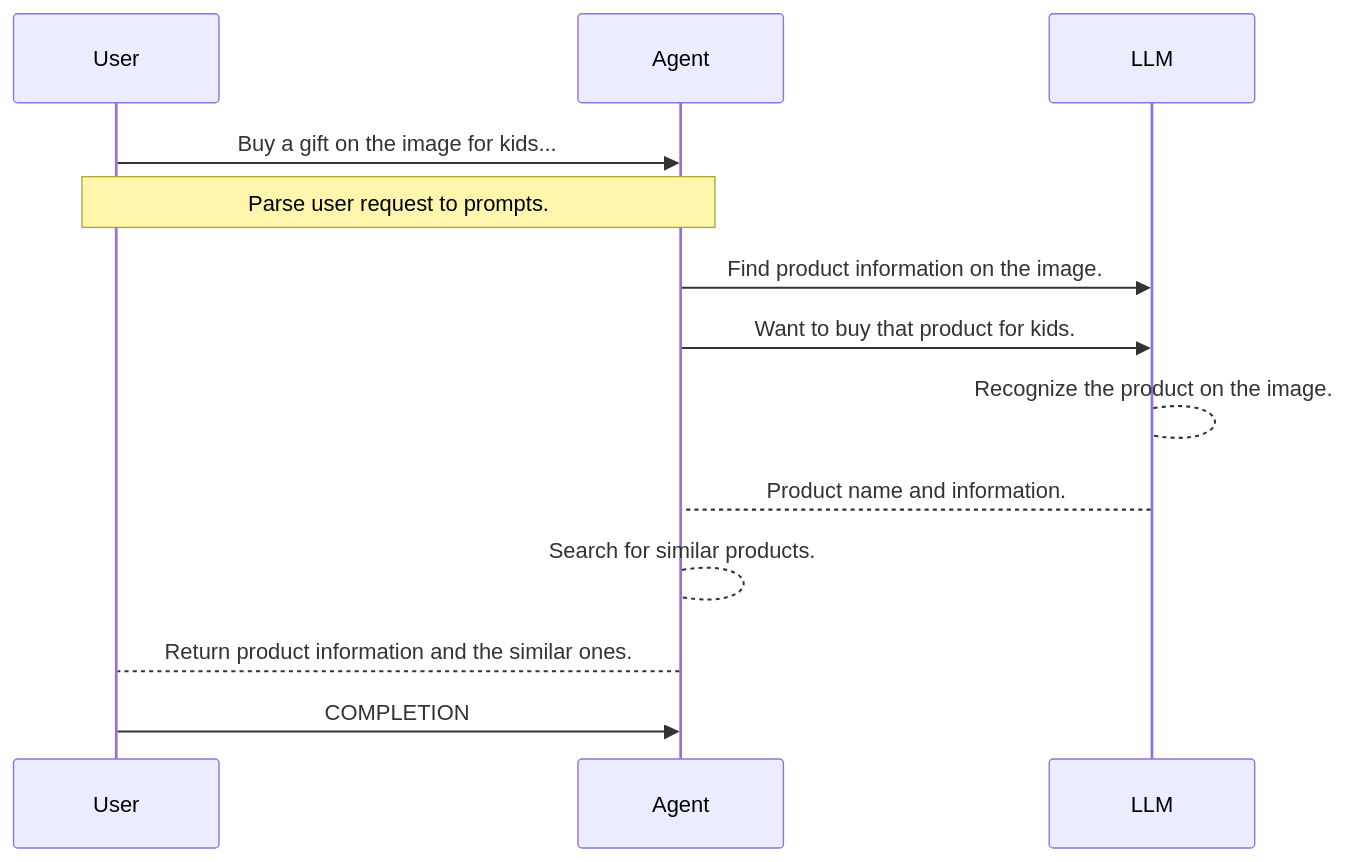
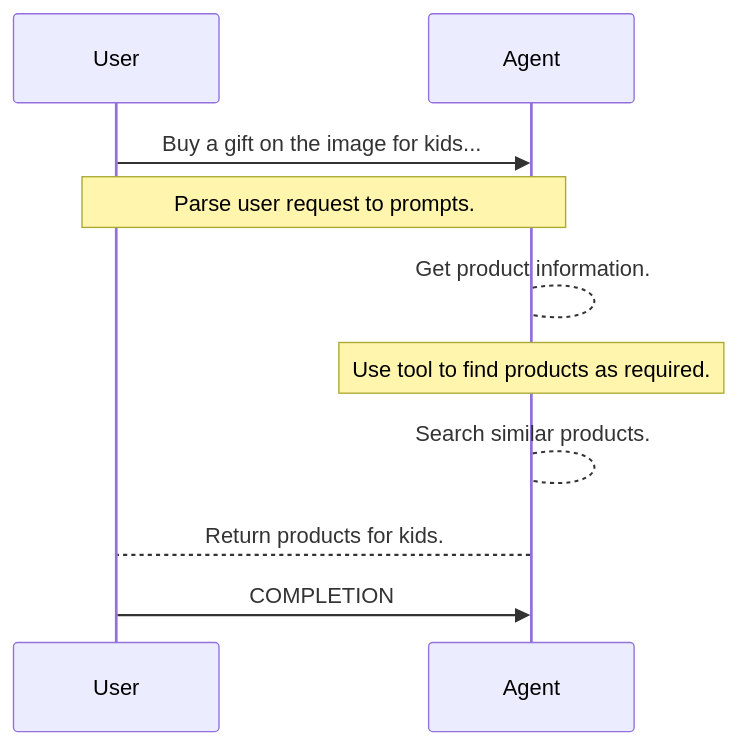
Before and after one commit to yueguoguo/yueguoguo.github.io: the second of 4 diagrams in _posts/2024-11-31-service-as-a-software.md, drawn with Mermaid. The commit also changed other lines of this file, not shown here.

Commit message:
update diagrams

```diff
--- a/_posts/2024-11-31-service-as-a-software.md
+++ b/_posts/2024-11-31-service-as-a-software.md
@@ -156,12 +159,10 @@
 <div class="mermaid">
 sequenceDiagram
     User->>Agent: Buy a gift on the image for kids...
     Note over User,Agent: Parse user request to prompts.
-    Agent->>LLM: Find product information on the image.
-    Agent->>LLM: Want to buy that product for kids.
-    LLM-->LLM: Recognize the product on the image. 
-    LLM-->Agent: Product name and information.
-    Agent-->Agent: Search for similar products.
-    Agent-->User: Return product information and the similar ones.
+    Agent-->Agent: Get product information.
+    Note over Agent: Use tool to find products as required.
+    Agent-->Agent: Search similar products.
+    Agent-->User: Return products for kids.
     User->>Agent: COMPLETION
 </div>
```
